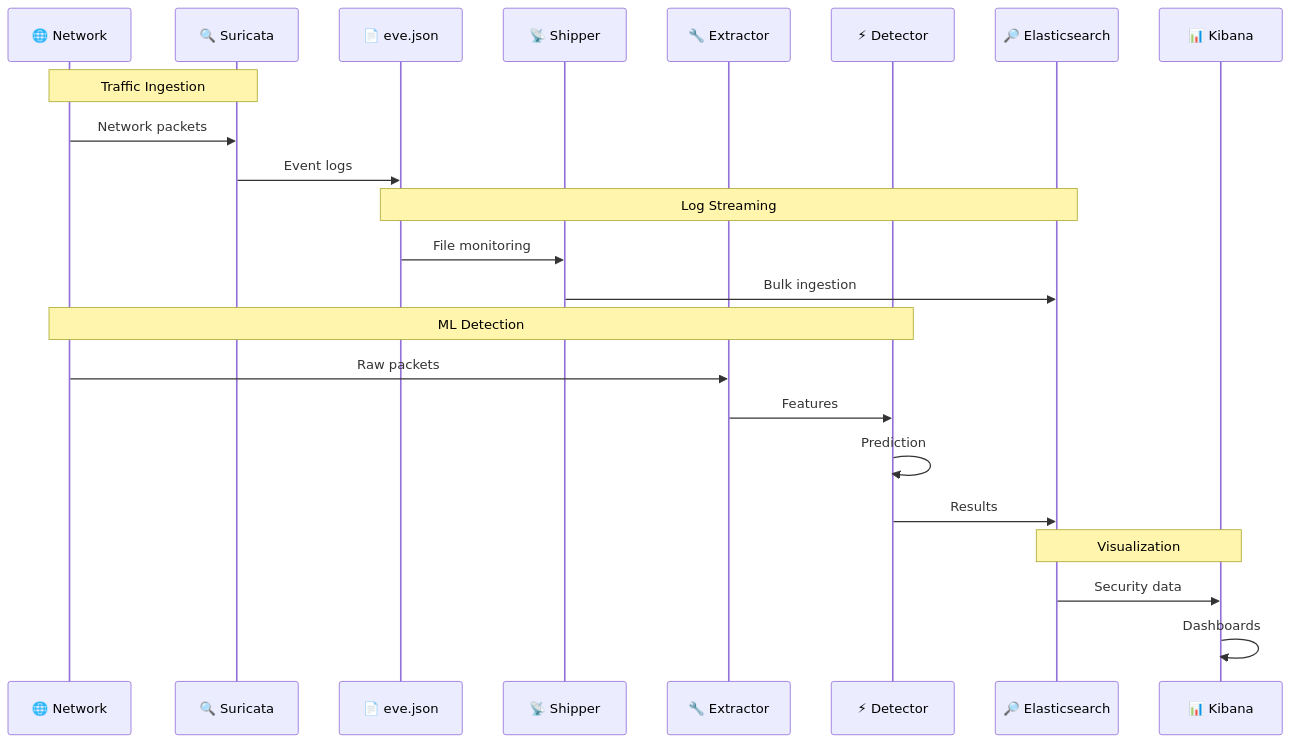
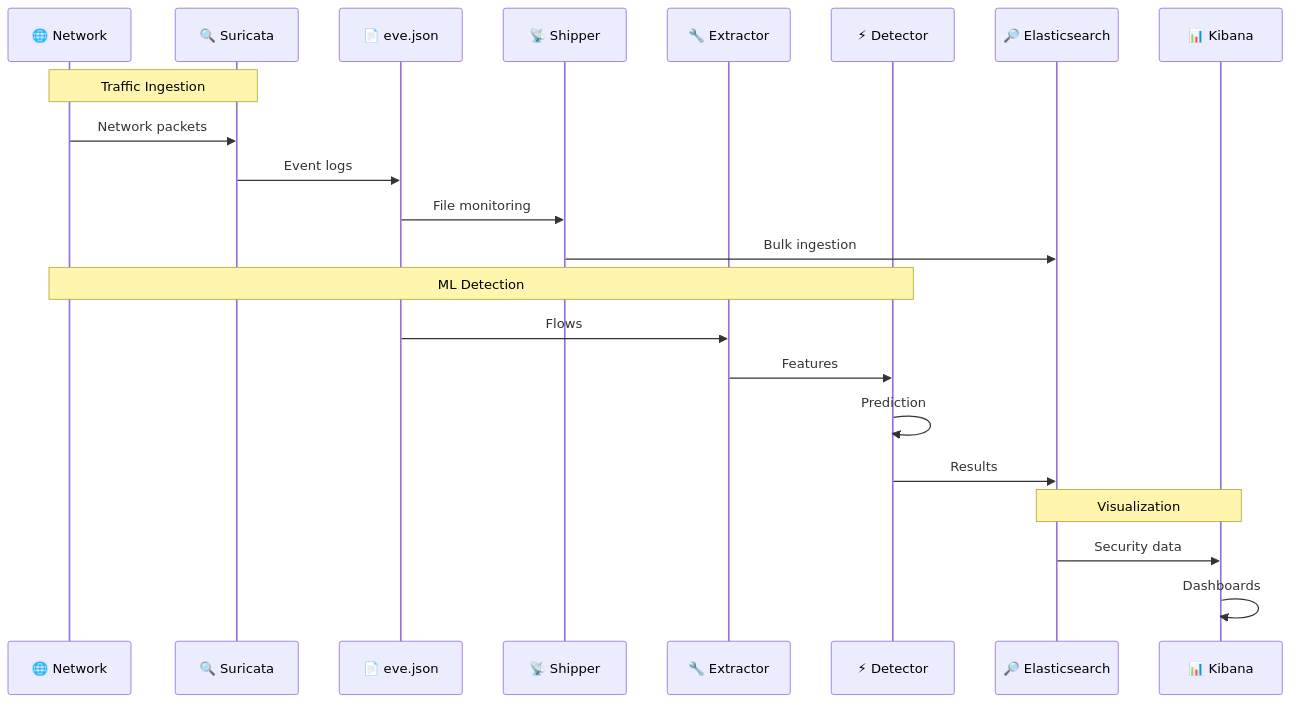
One commit to TienDung2003/ids_ml changed the second of 3 diagrams in system-architecture.md. Above: the diagram before and after it, drawn with Mermaid.

````diff
--- a/system-architecture.md
+++ b/system-architecture.md
@@ -81,29 +81,29 @@
 ```mermaid
 sequenceDiagram
     participant NET as 🌐 Network
     participant S as 🔍 Suricata
     participant EVE as 📄 eve.json
     participant LS as 📡 Shipper
     participant FE as 🔧 Extractor
     participant RD as ⚡ Detector
     participant ES as 🔎 Elasticsearch
     participant KB as 📊 Kibana
     
     Note over NET,S: Traffic Ingestion
     NET->>S: Network packets
     S->>EVE: Event logs
     
-    Note over EVE,ES: Log Streaming
+    
     EVE->>LS: File monitoring
     LS->>ES: Bulk ingestion
     
     Note over NET,RD: ML Detection
-    NET->>FE: Raw packets
+    EVE->>FE: Flows 
     FE->>RD: Features 
     RD->>RD: Prediction 
     RD->>ES: Results
     
     Note over ES,KB: Visualization
     ES->>KB: Security data
     KB->>KB: Dashboards
 ```
````
